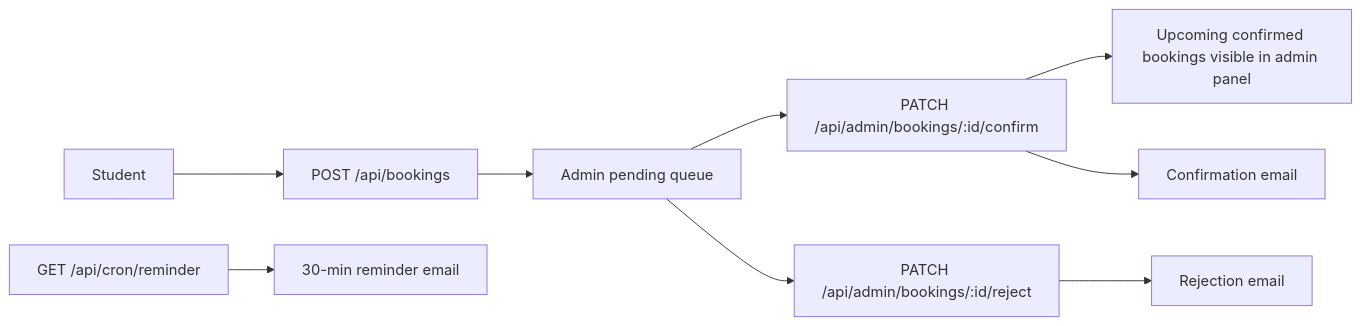
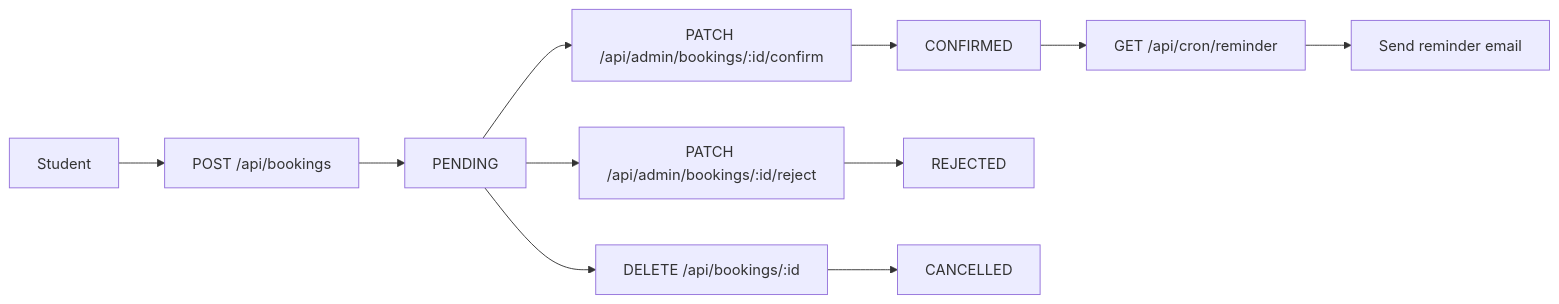
The third of 4 diagrams in README.md (Preritkumar16/CoE-Main), drawn with Mermaid before and after one commit. The commit also changed other lines of this file, not shown here.

````diff
--- a/README.md
+++ b/README.md
@@ -84,11 +114,13 @@
 ```mermaid
 flowchart LR
-  S[Student] --> B[POST /api/bookings]
-  B --> A1[Admin pending queue]
-  A1 --> C[PATCH /api/admin/bookings/:id/confirm]
-  A1 --> R[PATCH /api/admin/bookings/:id/reject]
-  C --> U1[Upcoming confirmed bookings visible in admin panel]
-  C --> M1[Confirmation email]
-  R --> M2[Rejection email]
-  CRON[GET /api/cron/reminder] --> M3[30-min reminder email]
+  S[Student] --> B1[POST /api/bookings]
+  B1 --> PENDING[PENDING]
+  PENDING --> A1[PATCH /api/admin/bookings/:id/confirm]
+  PENDING --> A2[PATCH /api/admin/bookings/:id/reject]
+  A1 --> CONF[CONFIRMED]
+  A2 --> REJ[REJECTED]
+  PENDING --> CXL[DELETE /api/bookings/:id]
+  CXL --> CAN[CANCELLED]
+  CONF --> REM[GET /api/cron/reminder]
+  REM --> MAIL[Send reminder email]
 ```
````
